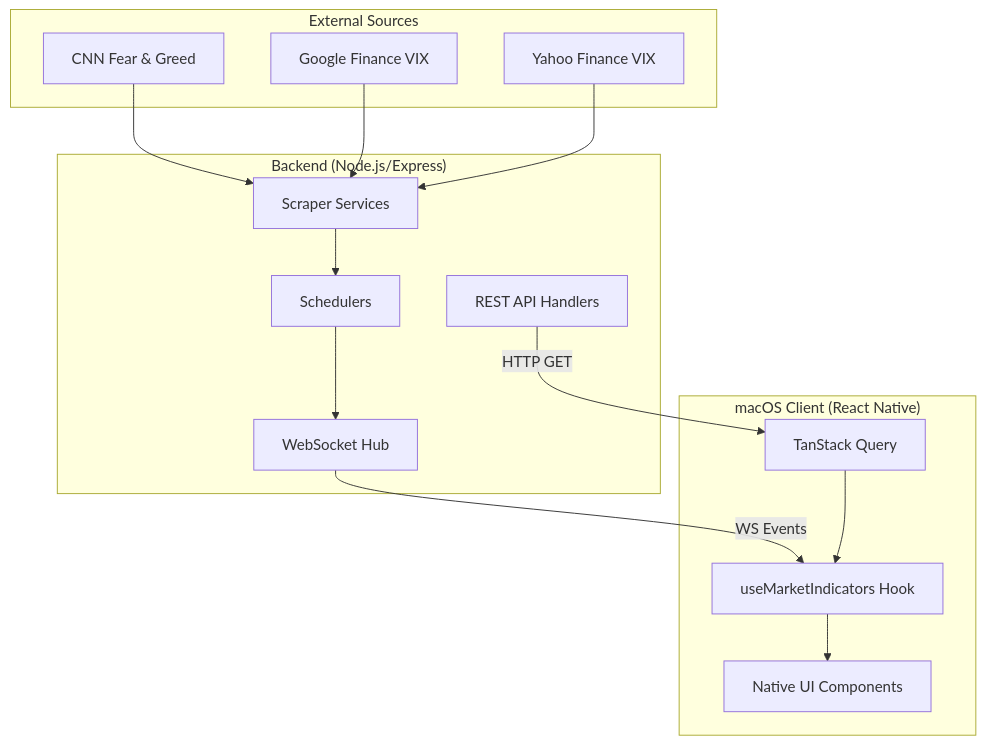
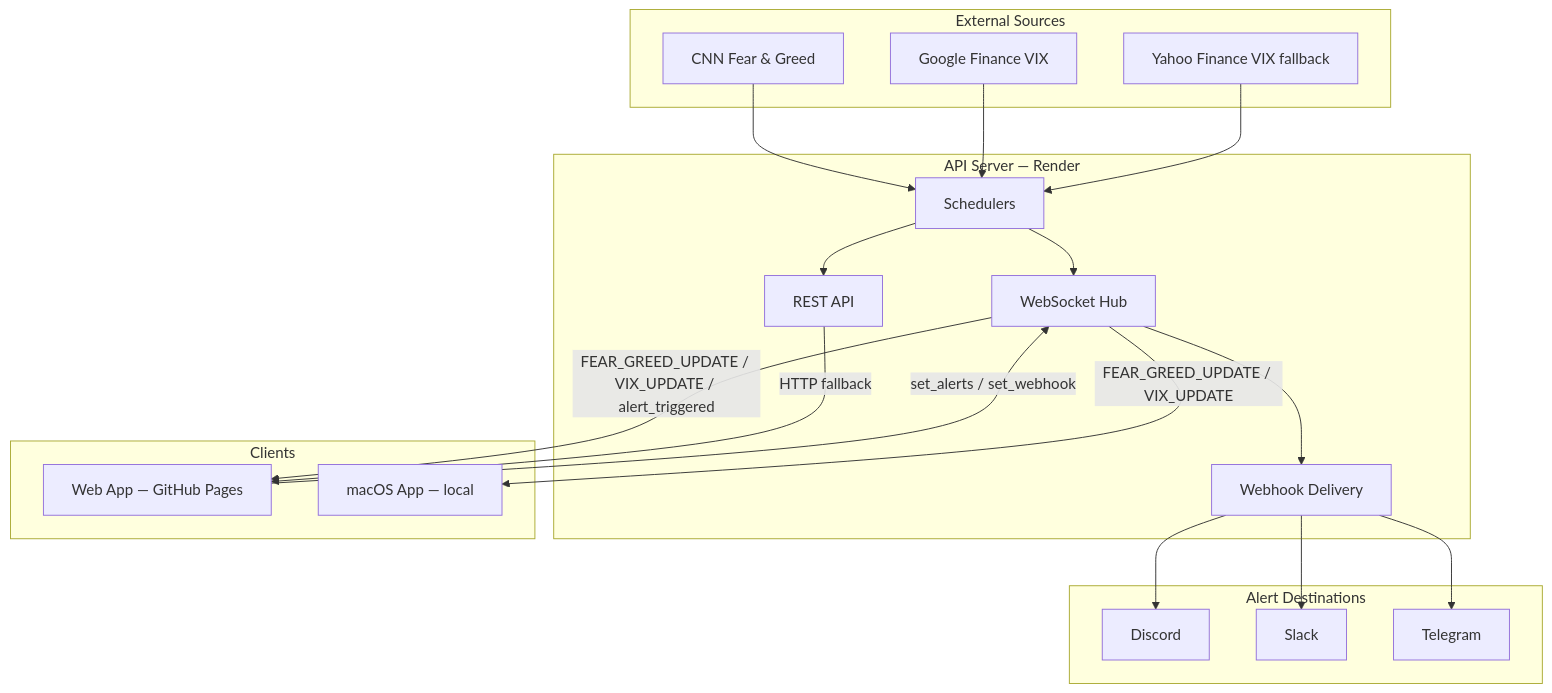
Before and after one commit to itswcl/fg-index: the diagram in README.md, drawn with Mermaid. The commit also changed other lines of this file and 2 other files, not shown here.

Commit message:
docs: rewrite README for full monorepo (web app, API, alerts, webhooks)

````diff
--- a/README.md
+++ b/README.md
@@ -20,31 +39,40 @@
 ```mermaid
 graph TD
-    subgraph "External Sources"
+    subgraph Sources["External Sources"]
         CNN[CNN Fear & Greed]
         GOOG[Google Finance VIX]
-        YHOO[Yahoo Finance VIX]
+        YHOO[Yahoo Finance VIX fallback]
     end
 
-    subgraph "Backend (Node.js/Express)"
-        API[REST API Handlers]
+    subgraph Backend["API Server — Render"]
+        SCHED[Schedulers]
+        API[REST API]
         WS[WebSocket Hub]
-        SCHED[Schedulers]
-        SCRAPE[Scraper Services]
+        WEBHOOK[Webhook Delivery]
     end
 
-    subgraph "macOS Client (React Native)"
-        UI[Native UI Components]
-        HOOKS[useMarketIndicators Hook]
-        QUERY[TanStack Query]
+    subgraph Clients
+        WEB[Web App — GitHub Pages]
+        MACOS[macOS App — local]
     end
 
-    CNN --> SCRAPE
-    GOOG --> SCRAPE
-    YHOO --> SCRAPE
-    SCRAPE --> SCHED
+    subgraph Destinations["Alert Destinations"]
+        DISCORD[Discord]
+        SLACK[Slack]
+        TG[Telegram]
+    end
+
+    CNN --> SCHED
+    GOOG --> SCHED
+    YHOO --> SCHED
     SCHED --> WS
-    WS -- WS Events --> HOOKS
-    API -- HTTP GET --> QUERY
-    QUERY --> HOOKS
-    HOOKS --> UI
+    SCHED --> API
+    WS -->|FEAR_GREED_UPDATE / VIX_UPDATE / alert_triggered| WEB
+    WS -->|FEAR_GREED_UPDATE / VIX_UPDATE| MACOS
+    API -->|HTTP fallback| WEB
+    WEB -->|set_alerts / set_webhook| WS
+    WS --> WEBHOOK
+    WEBHOOK --> DISCORD
+    WEBHOOK --> SLACK
+    WEBHOOK --> TG
 ```
````
